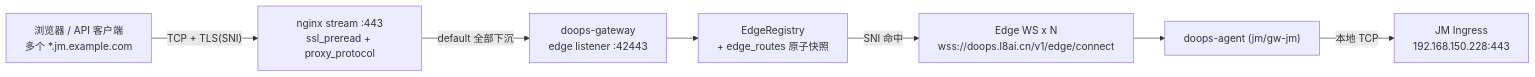
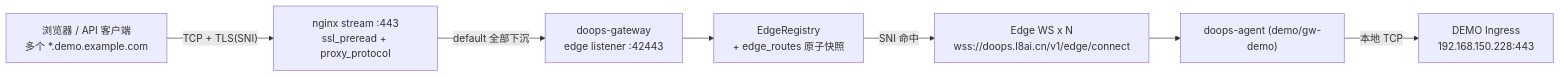
One commit to symansun/doops changed the first of 2 diagrams in backend/docs/design/DOOPS_EDGE_TUNNEL.md. Above: the diagram before and after it, drawn with Mermaid. The commit also changed other lines of this file and 28 other files, not shown here.

````diff
--- a/backend/docs/design/DOOPS_EDGE_TUNNEL.md
+++ b/backend/docs/design/DOOPS_EDGE_TUNNEL.md
@@ -64,17 +64,17 @@
 ```mermaid
 flowchart LR
-    B["浏览器 / API 客户端\n多个 *.jm.example.com"]
+    B["浏览器 / API 客户端\n多个 *.demo.example.com"]
     NG["nginx stream :443\nssl_preread + proxy_protocol"]
     GWE["doops-gateway\nedge listener :42443"]
     ER["EdgeRegistry\n+ edge_routes 原子快照"]
     WS["Edge WS x N\nwss://doops.l8ai.cn/v1/edge/connect"]
-    AG["doops-agent (jm/gw-jm)"]
-    ING["JM Ingress\n192.168.150.228:443"]
+    AG["doops-agent (demo/gw-demo)"]
+    ING["DEMO Ingress\n192.168.150.228:443"]
 
     B -->|"TCP + TLS(SNI)"| NG
     NG -->|"default 全部下沉"| GWE
     GWE --> ER
     ER -->|"SNI 命中"| WS
     WS --> AG
     AG -->|"本地 TCP"| ING
 ```
````
